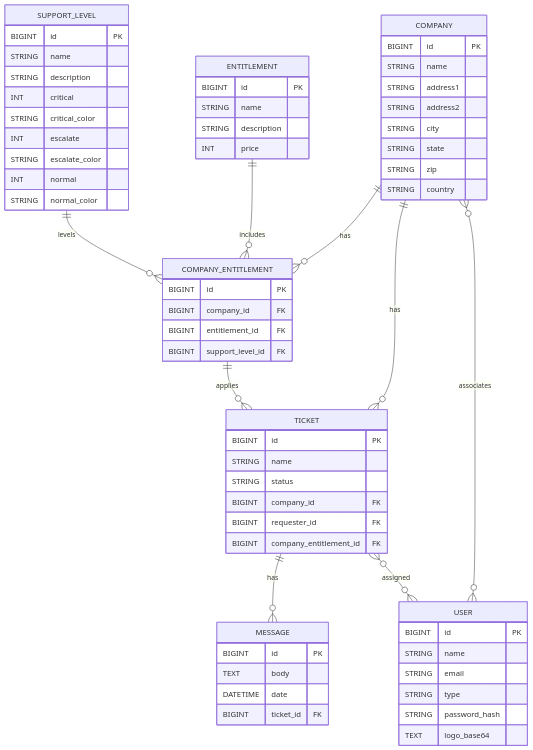
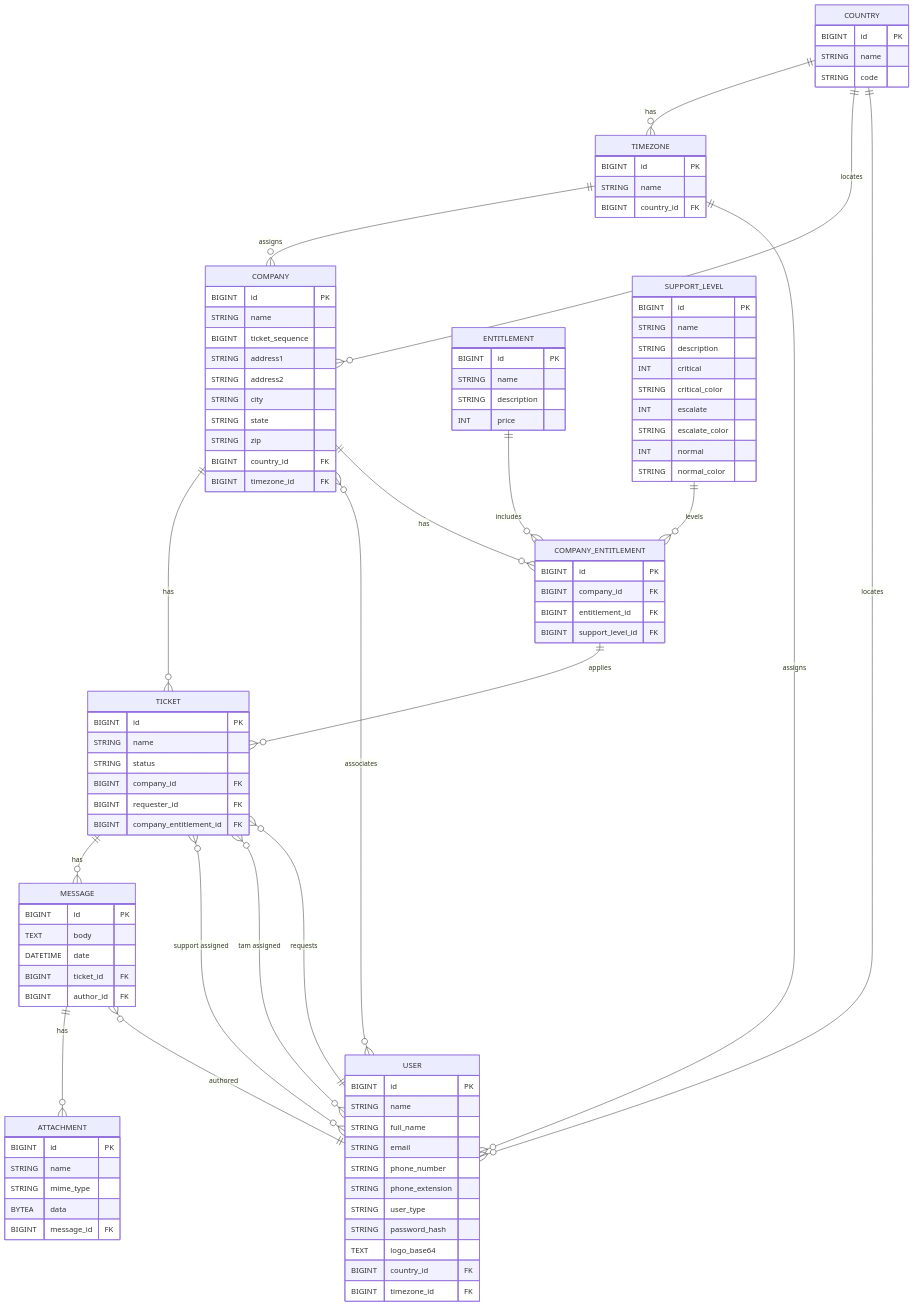
Before and after one commit to mnemosyne-systems/billetsys: the diagram in doc/entity-diagram.md, drawn with Mermaid. The commit also changed 28 other files, not shown here.

````diff
--- a/doc/entity-diagram.md
+++ b/doc/entity-diagram.md
@@ -11,14 +11,42 @@
 ```mermaid
 erDiagram
+    COUNTRY {
+        BIGINT id PK
+        STRING name
+        STRING code
+    }
+
+    TIMEZONE {
+        BIGINT id PK
+        STRING name
+        BIGINT country_id FK
+    }
+
     COMPANY {
         BIGINT id PK
         STRING name
+        BIGINT ticket_sequence
         STRING address1
         STRING address2
         STRING city
         STRING state
         STRING zip
-        STRING country
+        BIGINT country_id FK
+        BIGINT timezone_id FK
+    }
+
+    USER {
+        BIGINT id PK
+        STRING name
+        STRING full_name
+        STRING email
+        STRING phone_number
+        STRING phone_extension
+        STRING user_type
+        STRING password_hash
+        TEXT logo_base64
+        BIGINT country_id FK
+        BIGINT timezone_id FK
     }
 
     TICKET {
@@ -35,15 +63,15 @@
         TEXT body
         DATETIME date
         BIGINT ticket_id FK
+        BIGINT author_id FK
     }
 
-    USER {
+    ATTACHMENT {
         BIGINT id PK
         STRING name
-        STRING email
-        STRING type
-        STRING password_hash
-        TEXT logo_base64
+        STRING mime_type
+        BYTEA data
+        BIGINT message_id FK
     }
 
     ENTITLEMENT {
@@ -72,11 +100,20 @@
         BIGINT support_level_id FK
     }
 
+    COUNTRY ||--o{ TIMEZONE : has
+    COUNTRY ||--o{ COMPANY : locates
+    COUNTRY ||--o{ USER : locates
+    TIMEZONE ||--o{ COMPANY : assigns
+    TIMEZONE ||--o{ USER : assigns
     COMPANY ||--o{ TICKET : has
+    COMPANY }o--o{ USER : associates
+    COMPANY ||--o{ COMPANY_ENTITLEMENT : has
+    USER ||--o{ TICKET : requests
     TICKET ||--o{ MESSAGE : has
-    COMPANY }o--o{ USER : associates
-    TICKET }o--o{ USER : assigned
-    COMPANY ||--o{ COMPANY_ENTITLEMENT : has
+    TICKET }o--o{ USER : "support assigned"
+    TICKET }o--o{ USER : "tam assigned"
+    MESSAGE ||--o{ ATTACHMENT : has
+    MESSAGE }o--|| USER : authored
     ENTITLEMENT ||--o{ COMPANY_ENTITLEMENT : includes
     SUPPORT_LEVEL ||--o{ COMPANY_ENTITLEMENT : levels
     COMPANY_ENTITLEMENT ||--o{ TICKET : applies
````
